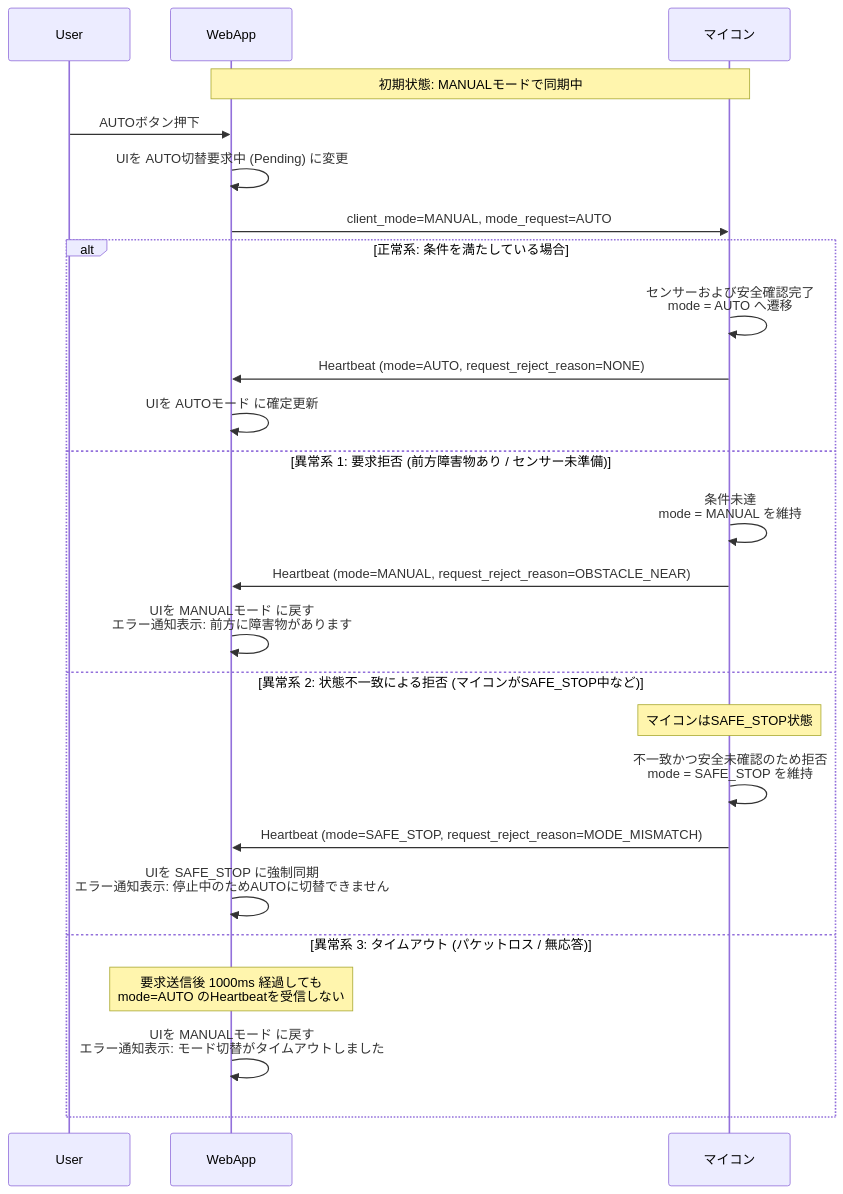
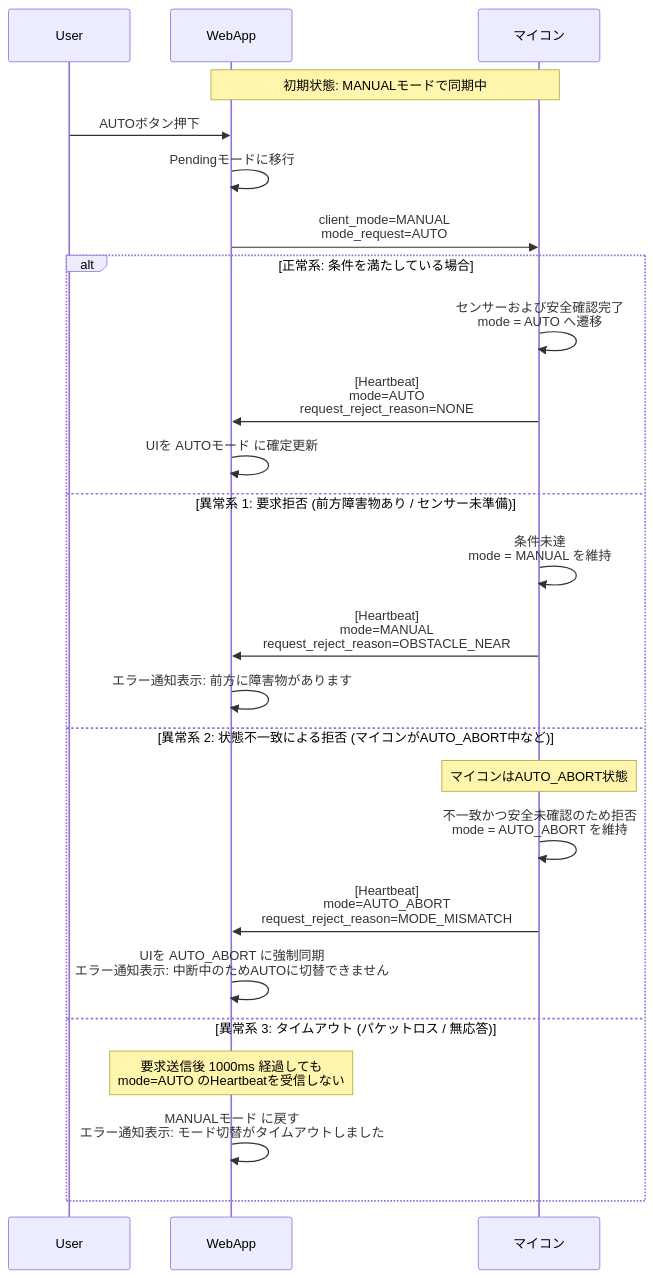
One commit to tut-cc/mini-4wd-webapp changed the first of 7 diagrams in docs/sequences.md. Above: the diagram before and after it, drawn with Mermaid. The commit also changed other lines of this file and 16 other files, not shown here.

Commit message:
refactor: rename SAFE_STOP/EMERGENCY_STOP to AUTO_ABORT/MANUAL_ABORT and update docs

````diff
--- a/docs/sequences.md
+++ b/docs/sequences.md
@@ -9,33 +9,33 @@
 ```mermaid
 sequenceDiagram
     participant U as User
     participant W as WebApp
     participant M as マイコン
 
     Note over W, M: 初期状態: MANUALモードで同期中
 
     U->>W: AUTOボタン押下
-    W->>W: UIを AUTO切替要求中 (Pending) に変更
-    W->>M: client_mode=MANUAL, mode_request=AUTO
+    W->>W: Pendingモードに移行
+    W->>M: client_mode=MANUAL <br> mode_request=AUTO
 
     alt 正常系: 条件を満たしている場合
         M->>M: センサーおよび安全確認完了<br/>mode = AUTO へ遷移
-        M->>W: Heartbeat (mode=AUTO, request_reject_reason=NONE)
+        M->>W: [Heartbeat] <br> mode=AUTO <br> request_reject_reason=NONE
         W->>W: UIを AUTOモード に確定更新
 
     else 異常系 1: 要求拒否 (前方障害物あり / センサー未準備)
         M->>M: 条件未達<br/>mode = MANUAL を維持
-        M->>W: Heartbeat (mode=MANUAL, request_reject_reason=OBSTACLE_NEAR)
-        W->>W: UIを MANUALモード に戻す<br/>エラー通知表示: 前方に障害物があります
+        M->>W: [Heartbeat] <br> mode=MANUAL <br> request_reject_reason=OBSTACLE_NEAR
+        W->>W: エラー通知表示: 前方に障害物があります
 
-    else 異常系 2: 状態不一致による拒否 (マイコンがSAFE_STOP中など)
-        Note over M: マイコンはSAFE_STOP状態
-        M->>M: 不一致かつ安全未確認のため拒否<br/>mode = SAFE_STOP を維持
-        M->>W: Heartbeat (mode=SAFE_STOP, request_reject_reason=MODE_MISMATCH)
-        W->>W: UIを SAFE_STOP に強制同期<br/>エラー通知表示: 停止中のためAUTOに切替できません
+    else 異常系 2: 状態不一致による拒否 (マイコンがAUTO_ABORT中など)
+        Note over M: マイコンはAUTO_ABORT状態
+        M->>M: 不一致かつ安全未確認のため拒否<br/>mode = AUTO_ABORT を維持
+        M->>W: [Heartbeat] <br> mode=AUTO_ABORT <br> request_reject_reason=MODE_MISMATCH
+        W->>W: UIを AUTO_ABORT に強制同期<br/>エラー通知表示: 中断中のためAUTOに切替できません
 
     else 異常系 3: タイムアウト (パケットロス / 無応答)
         Note over W: 要求送信後 1000ms 経過しても<br/>mode=AUTO のHeartbeatを受信しない
-        W->>W: UIを MANUALモード に戻す<br/>エラー通知表示: モード切替がタイムアウトしました
+        W->>W: MANUALモード に戻す<br/>エラー通知表示: モード切替がタイムアウトしました
     end
 ```
````
